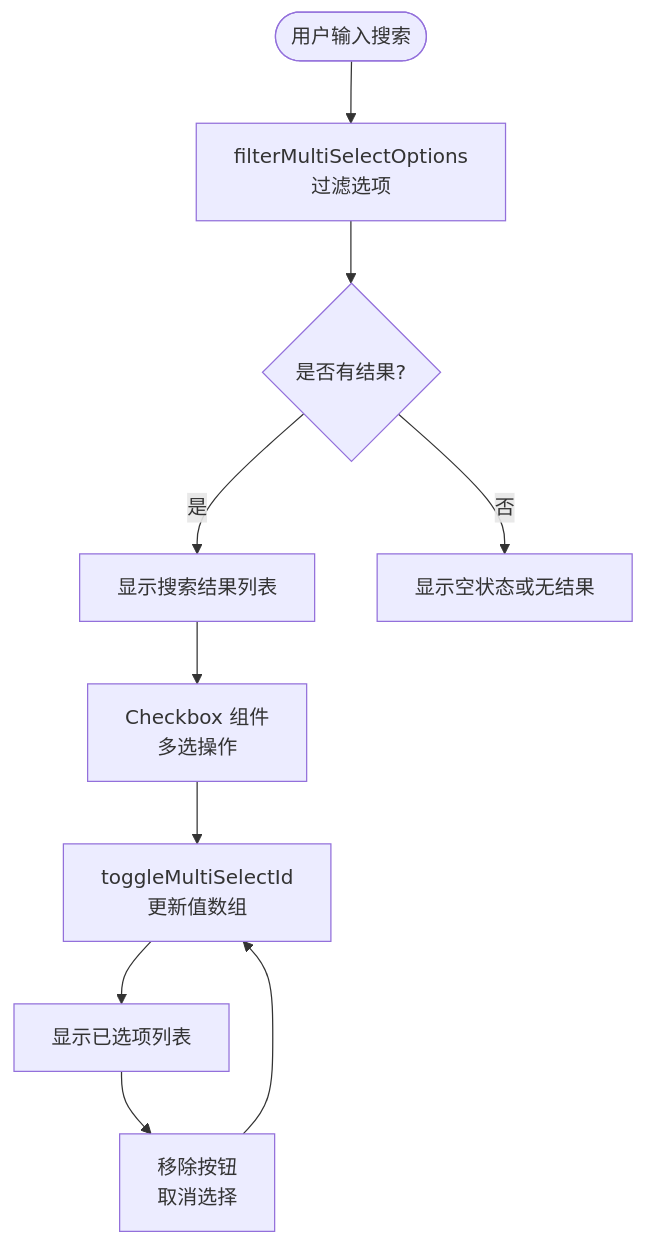
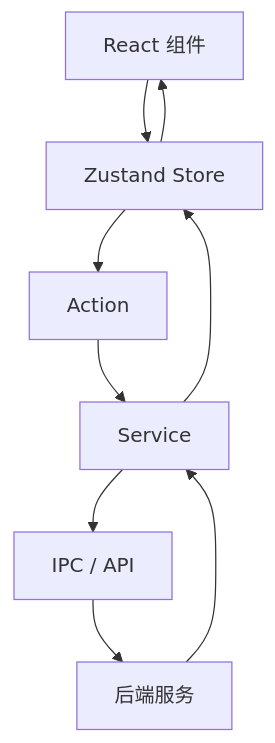
One commit to haolange/RDC-Agent changed the tenth of 10 diagrams in .qoder/repowiki/zh/content/用户界面/用户界面.md. Above: the diagram before and after it, drawn with Mermaid. The commit also changed other lines of this file and 356 other files, not shown here.

````diff
--- a/.qoder/repowiki/zh/content/用户界面/用户界面.md
+++ b/.qoder/repowiki/zh/content/用户界面/用户界面.md
@@ -651,12 +389,11 @@
 ```mermaid
 flowchart TD
-Start(["用户输入搜索"]) --> Filter["filterMultiSelectOptions<br/>过滤选项"]
-Filter --> Display{"是否有结果?"}
-Display --> |是| ShowList["显示搜索结果列表"]
-Display --> |否| ShowEmpty["显示空状态或无结果"]
-ShowList --> Checkbox["Checkbox 组件<br/>多选操作"]
-Checkbox --> UpdateValue["toggleMultiSelectId<br/>更新值数组"]
-UpdateValue --> Selected["显示已选项列表"]
-Selected --> Remove["移除按钮<br/>取消选择"]
-Remove --> UpdateValue
+    Component["React 组件"] --> Store["Zustand Store"]
+    Store --> Action["Action"]
+    Action --> Service["Service"]
+    Service --> IPC["IPC / API"]
+    IPC --> Backend["后端服务"]
+    Backend --> Service
+    Service --> Store
+    Store --> Component
 ```
````
